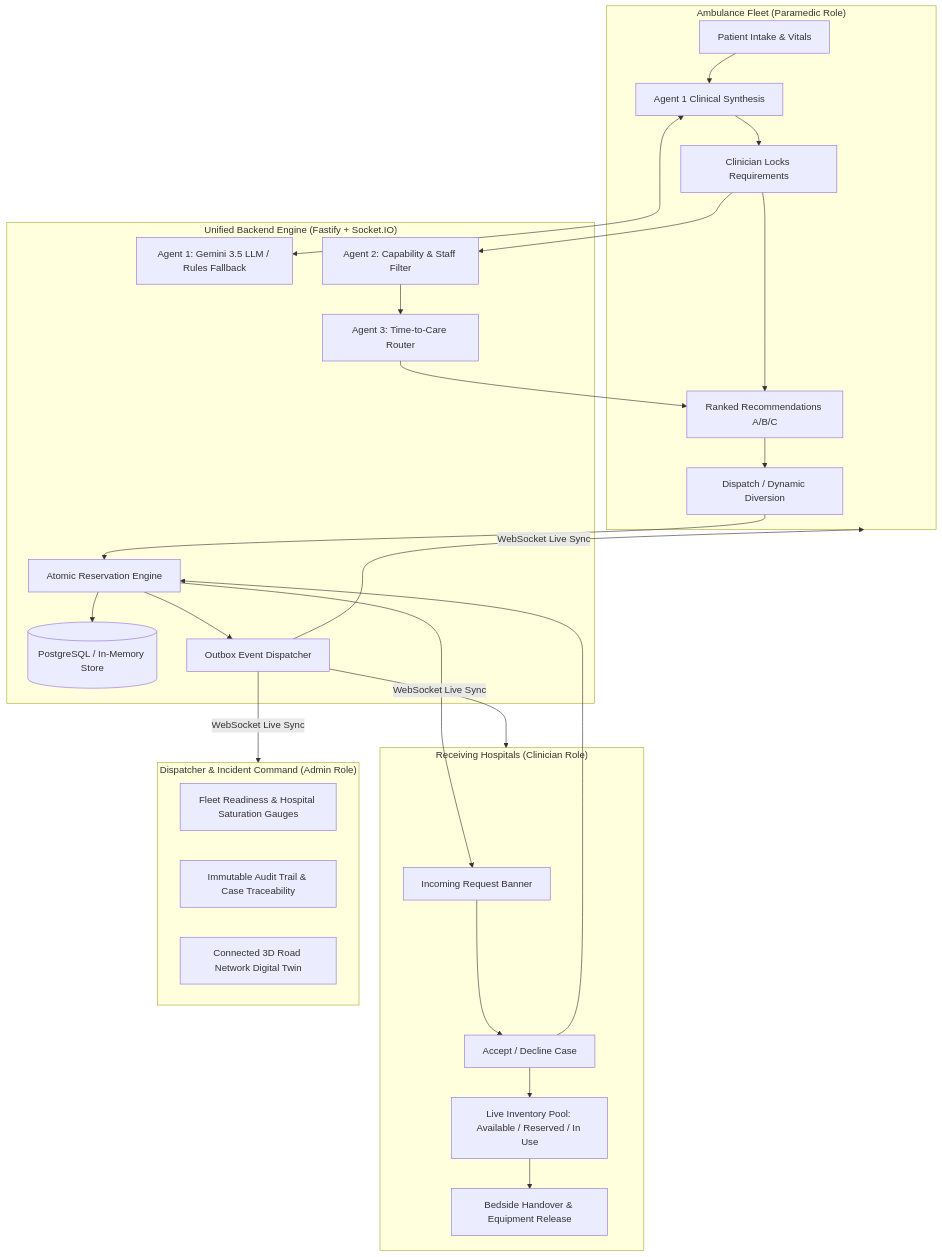
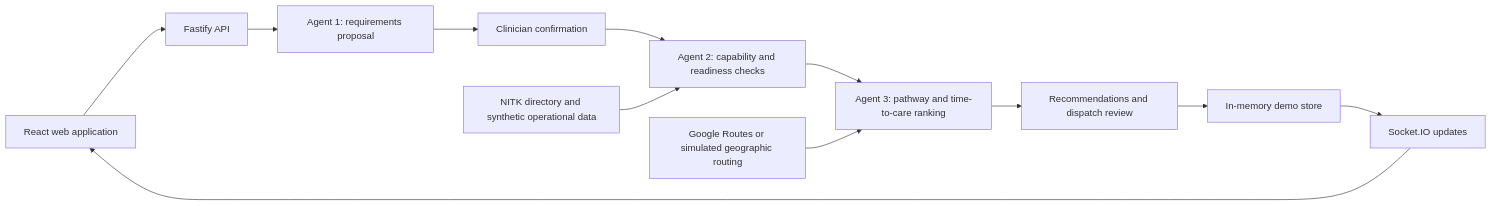
The diagram in README.md (0mkar-07/GOLDEN_HOUR), drawn with Mermaid before and after one commit. The commit also changed other lines of this file and 36 other files, not shown here.

Commit message:
feat: implement patient-state-aware hospital selection and update gitignore policy

````diff
--- a/README.md
+++ b/README.md
@@ -13,41 +36,14 @@
 ```mermaid
-flowchart TD
-    subgraph Paramedic["Ambulance Fleet (Paramedic Role)"]
-        A1[Patient Intake & Vitals] --> A2[Agent 1 Clinical Synthesis]
-        A2 --> A3[Clinician Locks Requirements]
-        A3 --> A4[Ranked Recommendations A/B/C]
-        A4 --> A5[Dispatch / Dynamic Diversion]
-    end
-
-    subgraph Backend["Unified Backend Engine (Fastify + Socket.IO)"]
-        B1[(PostgreSQL / In-Memory Store)]
-        B2[Agent 1: Gemini 3.5 LLM / Rules Fallback]
-        B3[Agent 2: Capability & Staff Filter]
-        B4[Agent 3: Time-to-Care Router]
-        B5[Atomic Reservation Engine]
-        B6[Outbox Event Dispatcher]
-    end
-
-    subgraph Hospital["Receiving Hospitals (Clinician Role)"]
-        H1[Incoming Request Banner] --> H2[Accept / Decline Case]
-        H2 --> H3[Live Inventory Pool: Available / Reserved / In Use]
-        H3 --> H4[Bedside Handover & Equipment Release]
-    end
-
-    subgraph Admin["Dispatcher & Incident Command (Admin Role)"]
-        AD1[Fleet Readiness & Hospital Saturation Gauges]
-        AD2[Immutable Audit Trail & Case Traceability]
-        AD3[Connected 3D Road Network Digital Twin]
-    end
-
-    A2 <--> B2
-    A3 --> B3 --> B4 --> A4
-    A5 --> B5
-    B5 --> H1
-    H2 --> B5
-    B5 --> B6
-    B6 -->|WebSocket Live Sync| Paramedic
-    B6 -->|WebSocket Live Sync| Hospital
-    B6 -->|WebSocket Live Sync| Admin
-    B5 --> B1
+flowchart LR
+    UI[React web application] --> API[Fastify API]
+    API --> A1[Agent 1: requirements proposal]
+    A1 --> Review[Clinician confirmation]
+    Review --> A2[Agent 2: capability and readiness checks]
+    A2 --> A3[Agent 3: pathway and time-to-care ranking]
+    Routes[Google Routes or simulated geographic routing] --> A3
+    Data[NITK directory and synthetic operational data] --> A2
+    A3 --> Decision[Recommendations and dispatch review]
+    Decision --> Store[In-memory demo store]
+    Store --> Events[Socket.IO updates]
+    Events --> UI
 ```
````
